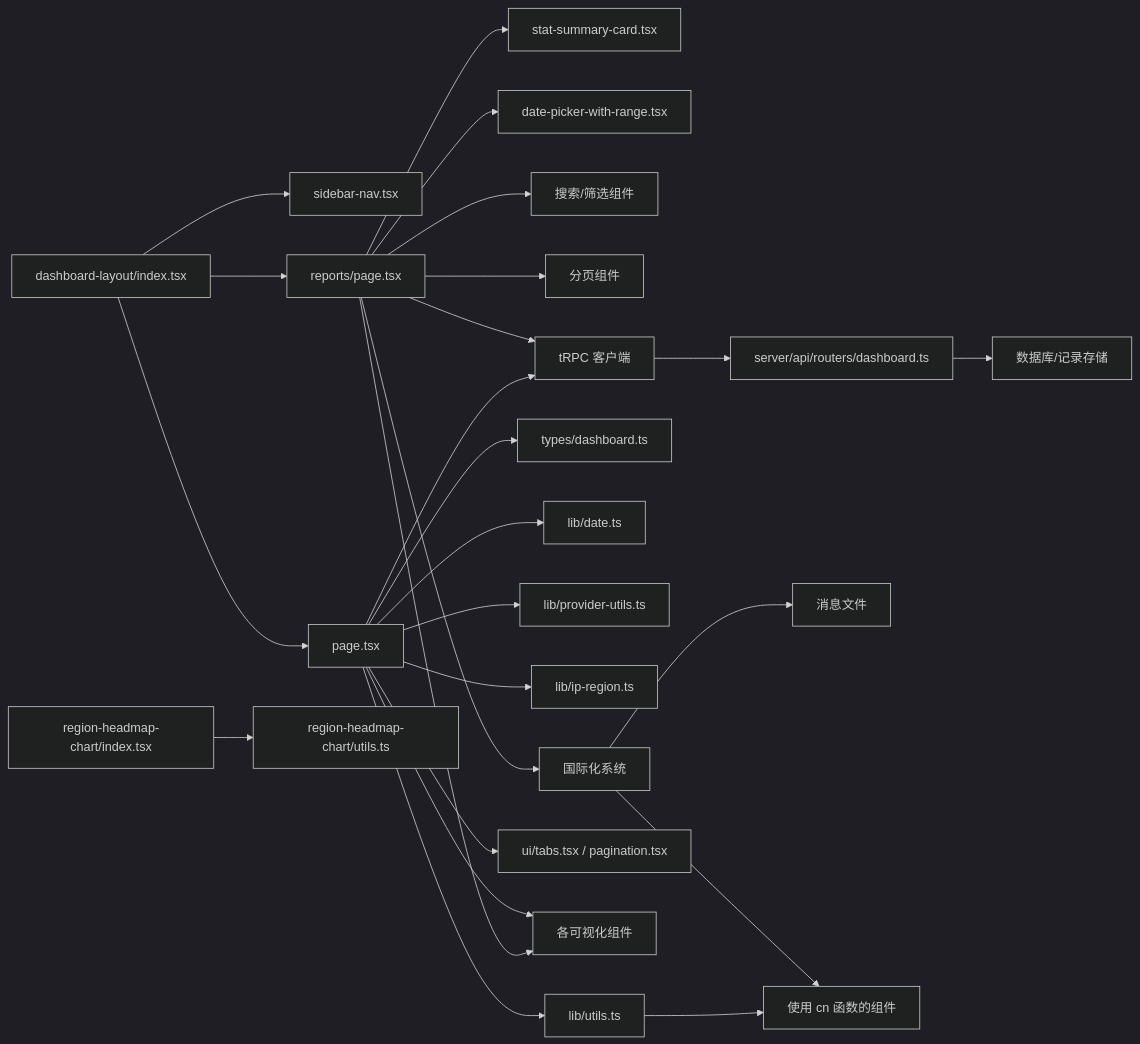
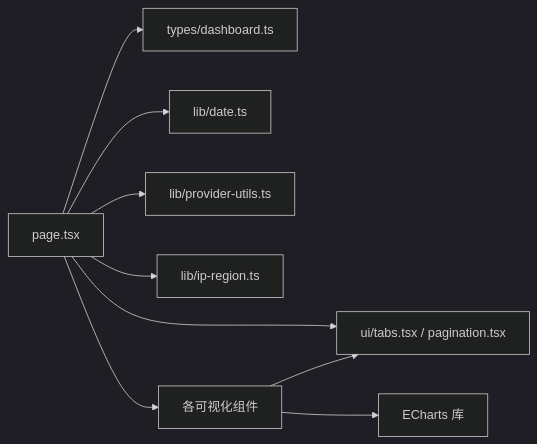
One commit to RadiumAg/AIGate changed the ninth of 9 diagrams in .qoder/repowiki/zh/content/监控与分析/仪表板组件.md. Above: the diagram before and after it, drawn with Mermaid (dark theme). The commit also changed other lines of this file and 21 other files, not shown here.

````diff
--- a/.qoder/repowiki/zh/content/监控与分析/仪表板组件.md
+++ b/.qoder/repowiki/zh/content/监控与分析/仪表板组件.md
@@ -695,27 +327,11 @@
 ```mermaid
 graph LR
-Layout["dashboard-layout/index.tsx"] --> Sidebar["sidebar-nav.tsx"]
-Layout --> Page["page.tsx"]
-Layout --> Reports["reports/page.tsx"]
-Reports --> StatSummary["stat-summary-card.tsx"]
-Reports --> DatePicker["date-picker-with-range.tsx"]
-Reports --> Filters["搜索/筛选组件"]
-Reports --> Pagination["分页组件"]
-Reports --> I18n["国际化系统"]
-Page --> Types["types/dashboard.ts"]
+Page["page.tsx"] --> Types["types/dashboard.ts"]
 Page --> LibDate["lib/date.ts"]
 Page --> LibProv["lib/provider-utils.ts"]
 Page --> LibIP["lib/ip-region.ts"]
-Page --> LibUtils["lib/utils.ts"]
 Page --> UI["ui/tabs.tsx / pagination.tsx"]
 Page --> Charts["各可视化组件"]
-Reports --> Charts
-Reports --> TRPC["tRPC 客户端"]
-Page --> TRPC
-TRPC --> DashboardRouter["server/api/routers/dashboard.ts"]
-DashboardRouter --> DB["数据库/记录存储"]
-I18n --> Messages["消息文件"]
-I18n --> Components["组件国际化"]
-Heatmap["region-headmap-chart/index.tsx"] --> HeatmapUtils["region-headmap-chart/utils.ts"]
-LibUtils --> Components["使用 cn 函数的组件"]
+Charts --> ECharts["ECharts 库"]
+Charts --> UI
 ```
````
